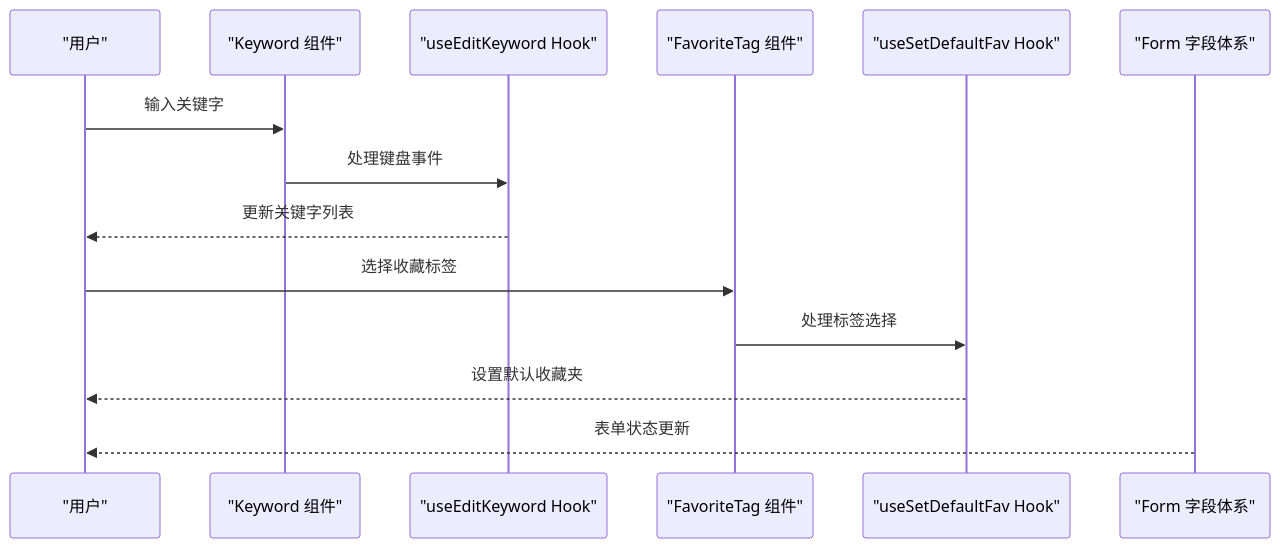
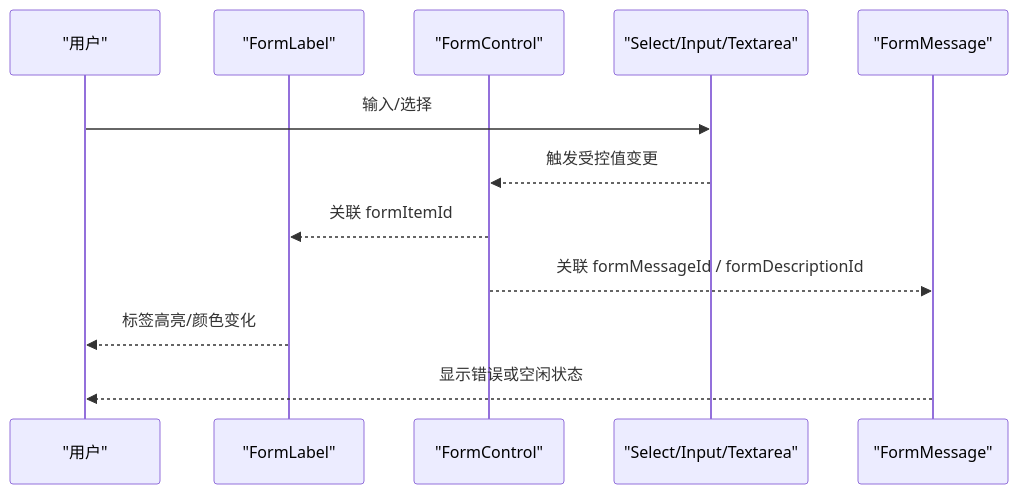
The second of 5 diagrams in .qoder/repowiki/zh/content/UI组件系统/表单组件.md (RadiumAg/bilibili-favorites), drawn with Mermaid before and after one commit. The commit also changed other lines of this file and 21 other files, not shown here.

````diff
--- a/.qoder/repowiki/zh/content/UI组件系统/表单组件.md
+++ b/.qoder/repowiki/zh/content/UI组件系统/表单组件.md
@@ -162,16 +123,14 @@
 ```mermaid
 sequenceDiagram
 participant U as "用户"
-participant KW as "Keyword 组件"
-participant KW_H as "useEditKeyword Hook"
-participant FT as "FavoriteTag 组件"
-participant FT_H as "useSetDefaultFav Hook"
-participant F as "Form 字段体系"
-U->>KW : 输入关键字
-KW->>KW_H : 处理键盘事件
-KW_H-->>U : 更新关键字列表
-U->>FT : 选择收藏标签
-FT->>FT_H : 处理标签选择
-FT_H-->>U : 设置默认收藏夹
-F-->>U : 表单状态更新
+participant L as "FormLabel"
+participant C as "FormControl"
+participant S as "Select/Input/Textarea"
+participant M as "FormMessage"
+U->>S : 输入/选择
+S-->>C : 触发受控值变更
+C-->>L : 关联 formItemId
+C-->>M : 关联 formMessageId / formDescriptionId
+L-->>U : 标签高亮/颜色变化
+M-->>U : 显示错误或空闲状态
 ```
````
